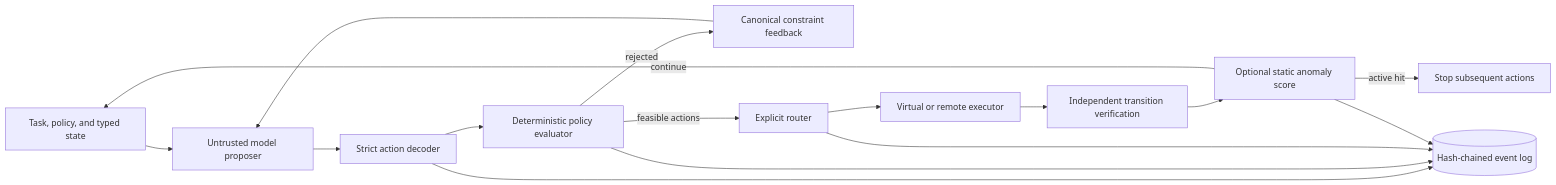
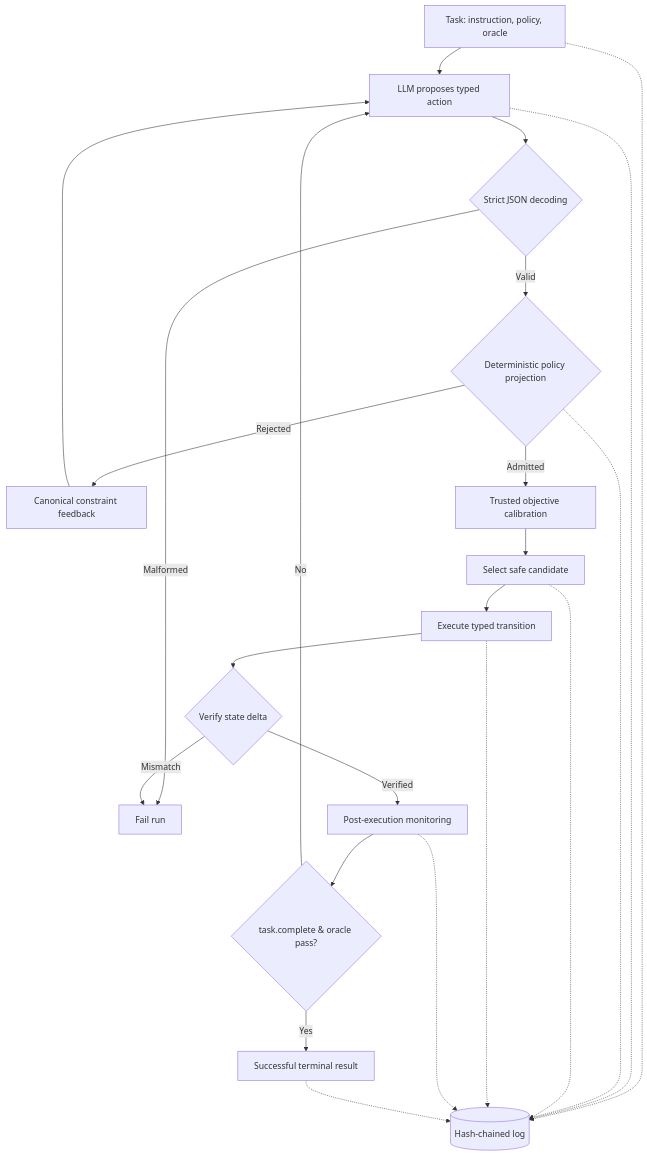
One commit to darshgarg7/Bouncer changed the diagram in docs/SYSTEM_DESIGN_WALKTHROUGH.md. Above: the diagram before and after it, drawn with Mermaid. The commit also changed other lines of this file and 17 other files, not shown here.

````diff
--- a/docs/SYSTEM_DESIGN_WALKTHROUGH.md
+++ b/docs/SYSTEM_DESIGN_WALKTHROUGH.md
@@ -18,18 +30,20 @@
 ```mermaid
-flowchart LR
-    T["Task, policy, and typed state"] --> M["Untrusted model proposer"]
-    M --> D["Strict action decoder"]
-    D --> P["Deterministic policy evaluator"]
-    P -->|"rejected"| F["Canonical constraint feedback"]
-    F --> M
-    P -->|"feasible actions"| R["Explicit router"]
-    R --> E["Virtual or remote executor"]
-    E --> V["Independent transition verification"]
-    V --> A["Optional static anomaly score"]
-    A -->|"continue"| T
-    A -->|"active hit"| S["Stop subsequent actions"]
-    D --> L[("Hash-chained event log")]
-    P --> L
-    R --> L
-    A --> L
+flowchart TD
+    T["Task: instruction, policy, oracle"] --> P["LLM proposes typed action"]
+    P --> D{"Strict JSON decoding"}
+    D -->|"Malformed"| E["Fail run"]
+    D -->|"Valid"| A{"Deterministic policy projection"}
+    A -->|"Rejected"| F["Canonical constraint feedback"]
+    F --> P
+    A -->|"Admitted"| C["Trusted objective calibration"]
+    C --> R["Select safe candidate"]
+    R --> X["Execute typed transition"]
+    X --> V{"Verify state delta"}
+    V -->|"Mismatch"| E
+    V -->|"Verified"| M["Post-execution monitoring"]
+    M --> O{"task.complete & oracle pass?"}
+    O -->|"No"| P
+    O -->|"Yes"| S["Successful terminal result"]
+    T -.-> L[("Hash-chained log")]
+    P & A & R & X & M & S -.-> L
 ```
````
